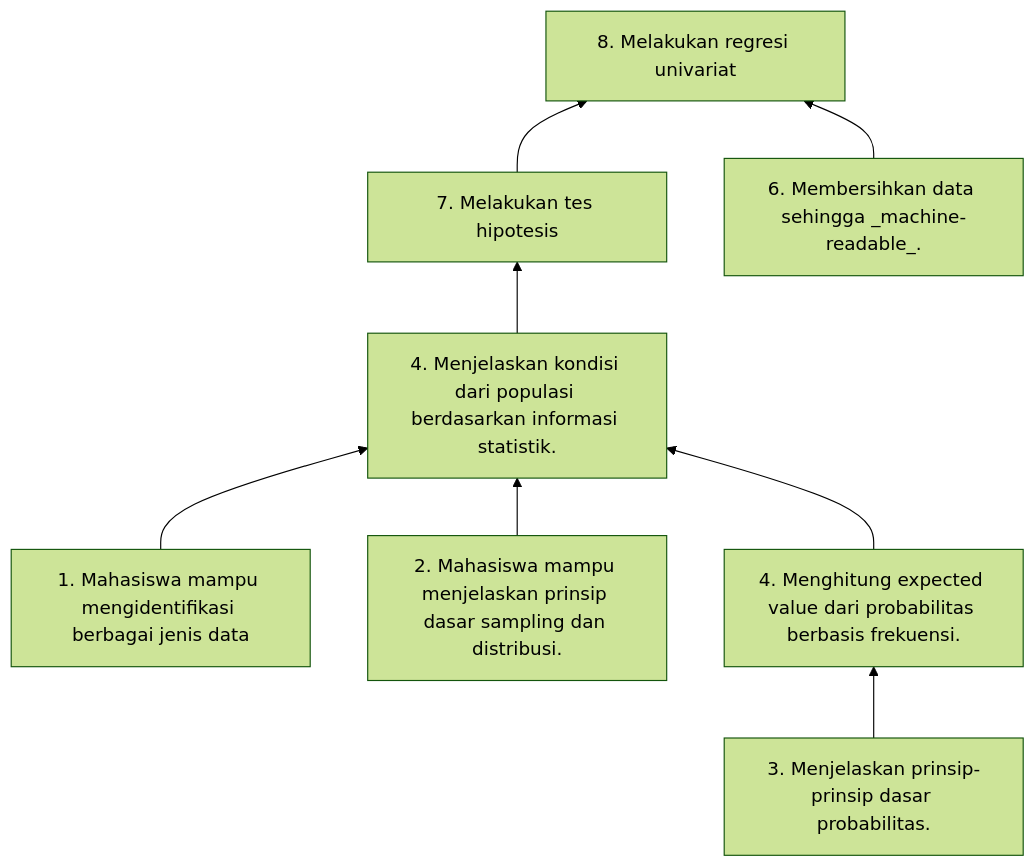
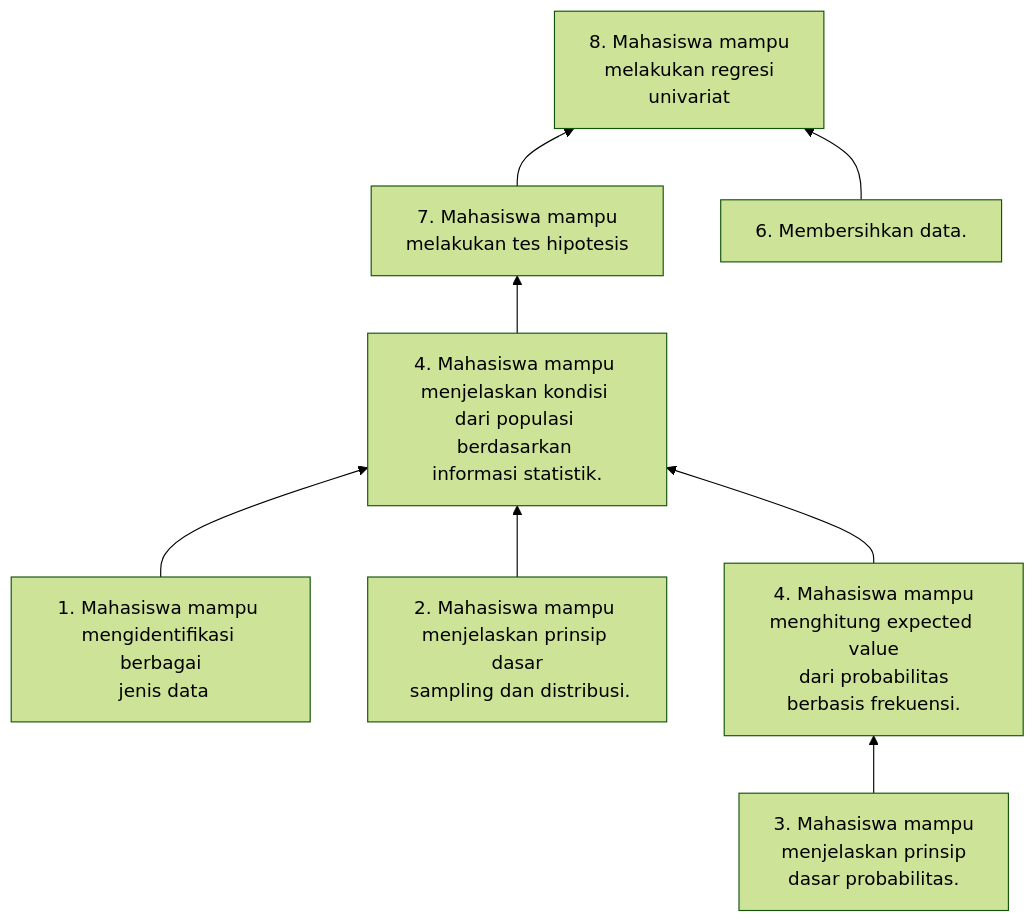
Before and after one commit to imedkrisna/krisna: the diagram in content/id/courses/statistika/_index.md, drawn with Mermaid (forest theme). The commit also changed other lines of this file, not shown here.

````diff
--- a/content/id/courses/statistika/_index.md
+++ b/content/id/courses/statistika/_index.md
@@ -29,9 +29,9 @@
 ```mermaid
 flowchart BT
-  X[1. Mahasiswa mampu mengidentifikasi berbagai jenis data] --> C[4. Menjelaskan kondisi dari populasi berdasarkan informasi statistik.]
-  A[2. Mahasiswa mampu menjelaskan prinsip dasar sampling dan distribusi.] --> C
-  B[3. Menjelaskan prinsip-prinsip dasar probabilitas.] --> D[4. Menghitung expected value dari probabilitas berbasis frekuensi.]
+  X[1. Mahasiswa mampu <br>mengidentifikasi berbagai<br> jenis data] --> C[4. Mahasiswa mampu <br>menjelaskan kondisi <br>dari populasi berdasarkan <br>informasi statistik.]
+  A[2. Mahasiswa mampu <br>menjelaskan prinsip dasar<br> sampling dan distribusi.] --> C
+  B[3. Mahasiswa mampu<br>menjelaskan prinsip<br> dasar probabilitas.] --> D[4. Mahasiswa mampu<br>menghitung expected value<br> dari probabilitas <br>berbasis frekuensi.]
   D --> C
-  C --> E[7. Melakukan tes hipotesis] --> G[8. Melakukan regresi univariat]
-  F[6. Membersihkan data sehingga _machine-readable_.] --> G
+  C --> E[7. Mahasiswa mampu<br>melakukan tes hipotesis] --> G[8. Mahasiswa mampu<br>melakukan regresi<br> univariat]
+  F[6. Membersihkan data.] --> G
 ```
````
